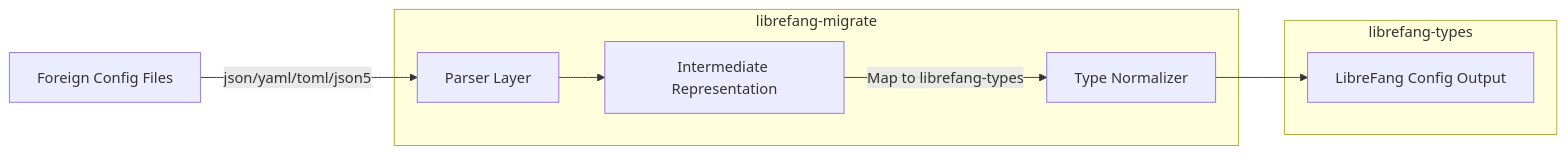
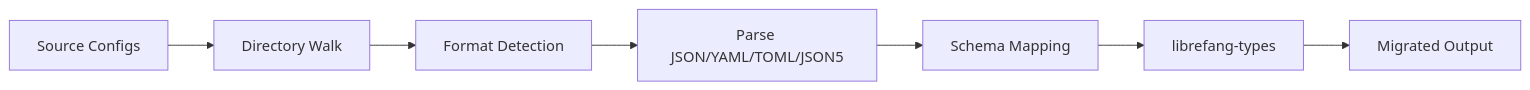
Before and after one commit to leszek3737/librefang-WIki: the diagram in other-librefang-migrate.md, drawn with Mermaid. The commit also changed other lines of this file and 120 other files, not shown here.

````diff
--- a/other-librefang-migrate.md
+++ b/other-librefang-migrate.md
@@ -35,17 +19,9 @@
 ```mermaid
 flowchart LR
-    A[Foreign Config Files] -->|json/yaml/toml/json5| B[Parser Layer]
-    B --> C[Intermediate Representation]
-    C -->|Map to librefang-types| D[Type Normalizer]
-    D --> E[LibreFang Config Output]
-
-    subgraph librefang-migrate
-        B
-        C
-        D
-    end
-
-    subgraph librefang-types
-        E
-    end
+    A[Source Configs] --> B[Directory Walk]
+    B --> C[Format Detection]
+    C --> D[Parse JSON/YAML/TOML/JSON5]
+    D --> E[Schema Mapping]
+    E --> F[librefang-types]
+    F --> G[Migrated Output]
 ```
````
